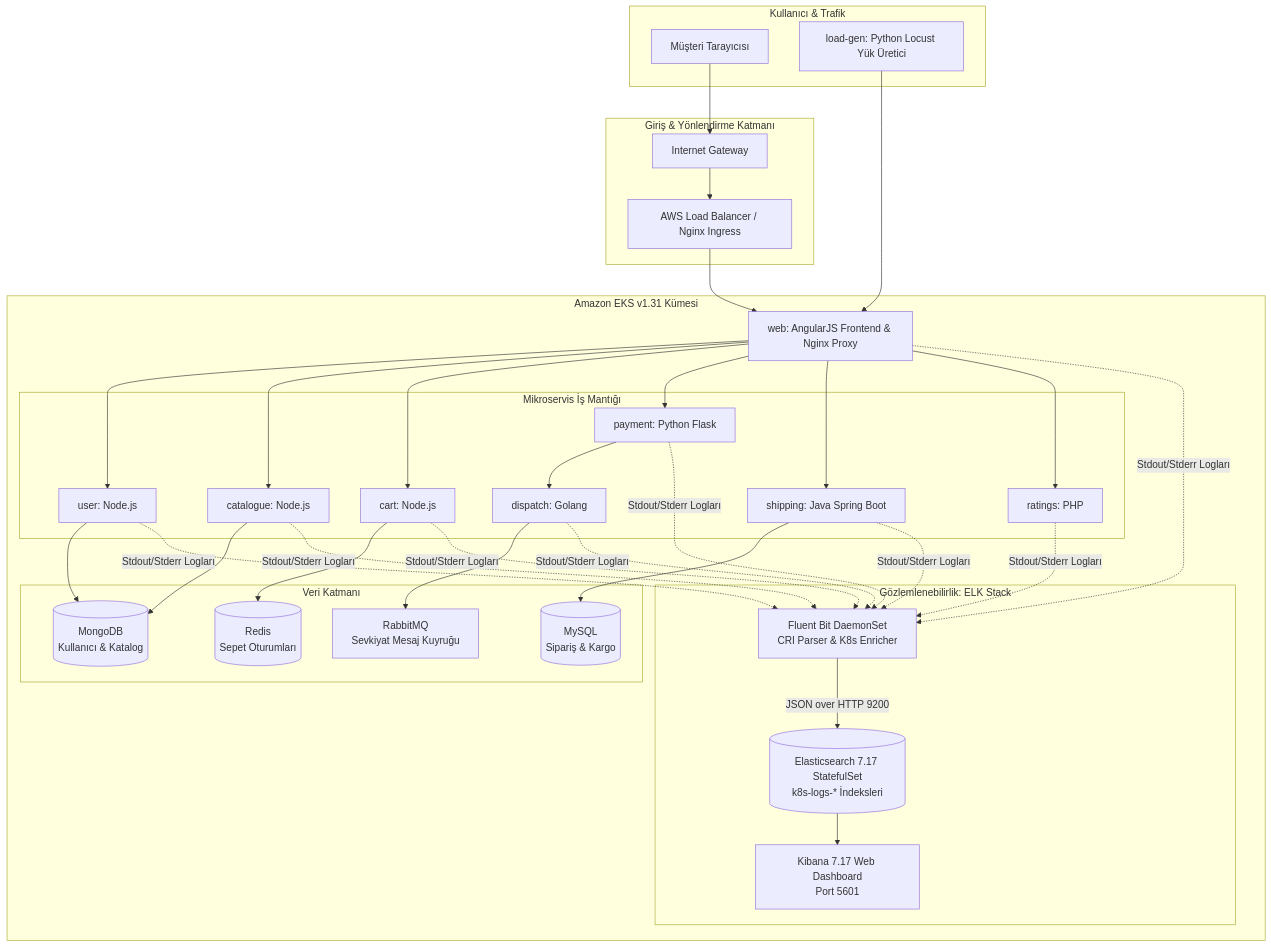
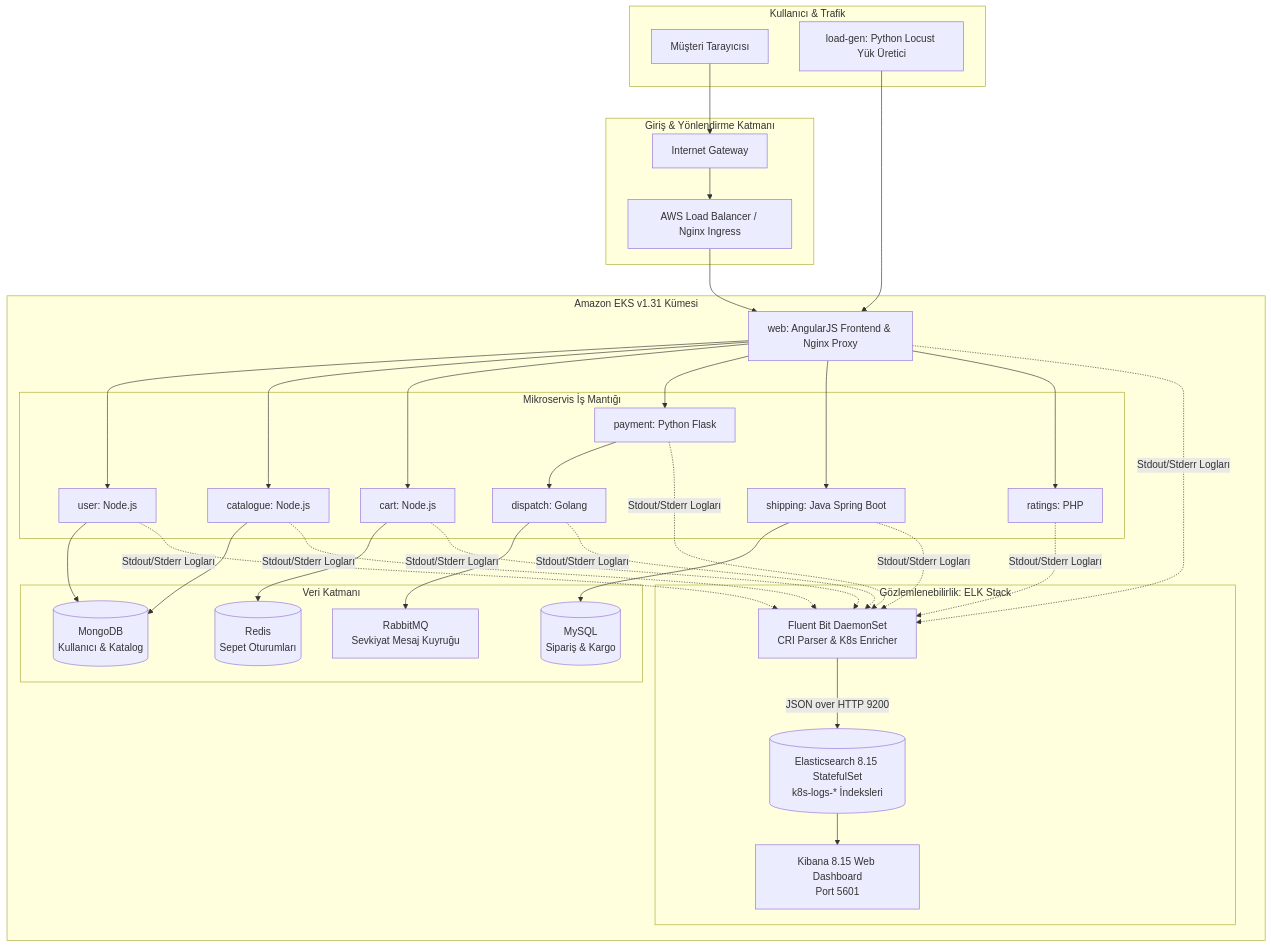
One commit to devopsatolyesi-labs/ecommerce-aws-elk-platform changed the diagram in README.md. Above: the diagram before and after it, drawn with Mermaid. The commit also changed other lines of this file and 5 other files, not shown here.

````diff
--- a/README.md
+++ b/README.md
@@ -19,54 +19,54 @@
 ```mermaid
 flowchart TD
     subgraph CLIENT [Kullanıcı & Trafik]
         USERS[Müşteri Tarayıcısı]
         LOAD[load-gen: Python Locust Yük Üretici]
     end
 
     subgraph AWS_INGRESS [Giriş & Yönlendirme Katmanı]
         IGW[Internet Gateway]
         ALB[AWS Load Balancer / Nginx Ingress]
     end
 
     subgraph EKS_CLUSTER [Amazon EKS v1.31 Kümesi]
         WEB[web: AngularJS Frontend & Nginx Proxy]
 
         subgraph MICROSERVICES [Mikroservis İş Mantığı]
             USER[user: Node.js]
             CAT[catalogue: Node.js]
             CART[cart: Node.js]
             PAY[payment: Python Flask]
             SHIP[shipping: Java Spring Boot]
             DISP[dispatch: Golang]
             RAT[ratings: PHP]
         end
 
         subgraph DATA_TIER [Veri Katmanı]
             MDB[(MongoDB\nKullanıcı & Katalog)]
             RDS[(Redis\nSepet Oturumları)]
             SQL[(MySQL\nSipariş & Kargo)]
             RMQ[RabbitMQ\nSevkiyat Mesaj Kuyruğu]
         end
 
         subgraph OBSERVABILITY [Gözlemlenebilirlik: ELK Stack]
             FB[Fluent Bit DaemonSet\nCRI Parser & K8s Enricher]
-            ES[(Elasticsearch 7.17 StatefulSet\nk8s-logs-* İndeksleri)]
-            KIB[Kibana 7.17 Web Dashboard\nPort 5601]
+            ES[(Elasticsearch 8.15 StatefulSet\nk8s-logs-* İndeksleri)]
+            KIB[Kibana 8.15 Web Dashboard\nPort 5601]
         end
     end
 
     USERS --> IGW --> ALB --> WEB
     LOAD --> WEB
     WEB --> USER & CAT & CART & PAY & SHIP & RAT
     USER --> MDB
     CAT --> MDB
     CART --> RDS
     SHIP --> SQL
     DISP --> RMQ
     PAY --> DISP
 
     %% Log Flow
     WEB & USER & CAT & CART & PAY & SHIP & DISP & RAT -.->|Stdout/Stderr Logları| FB
     FB -->|JSON over HTTP 9200| ES
     ES --> KIB
 ```
````
